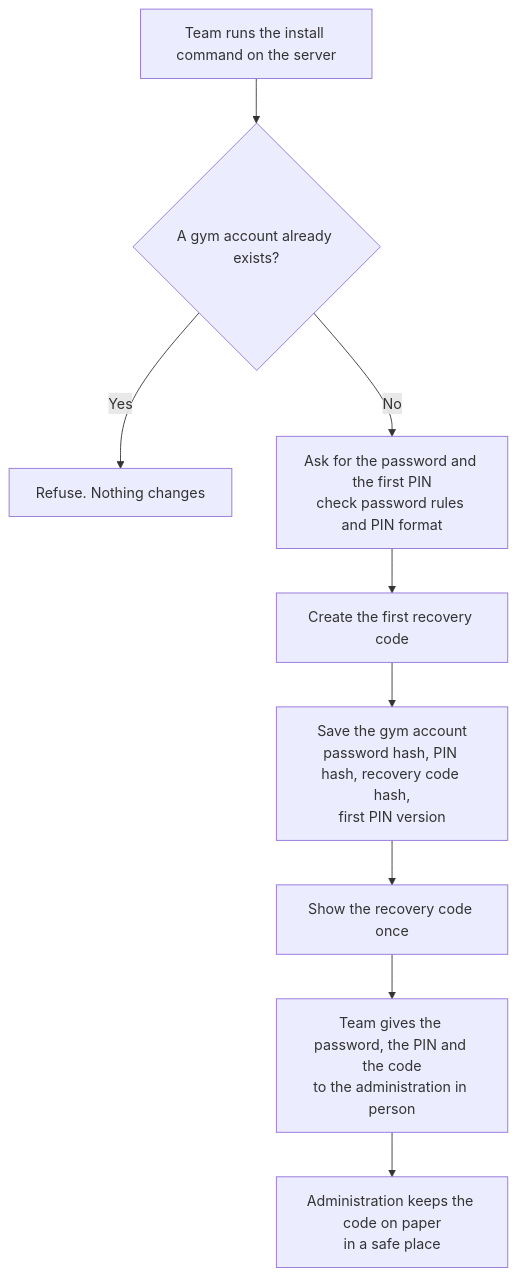
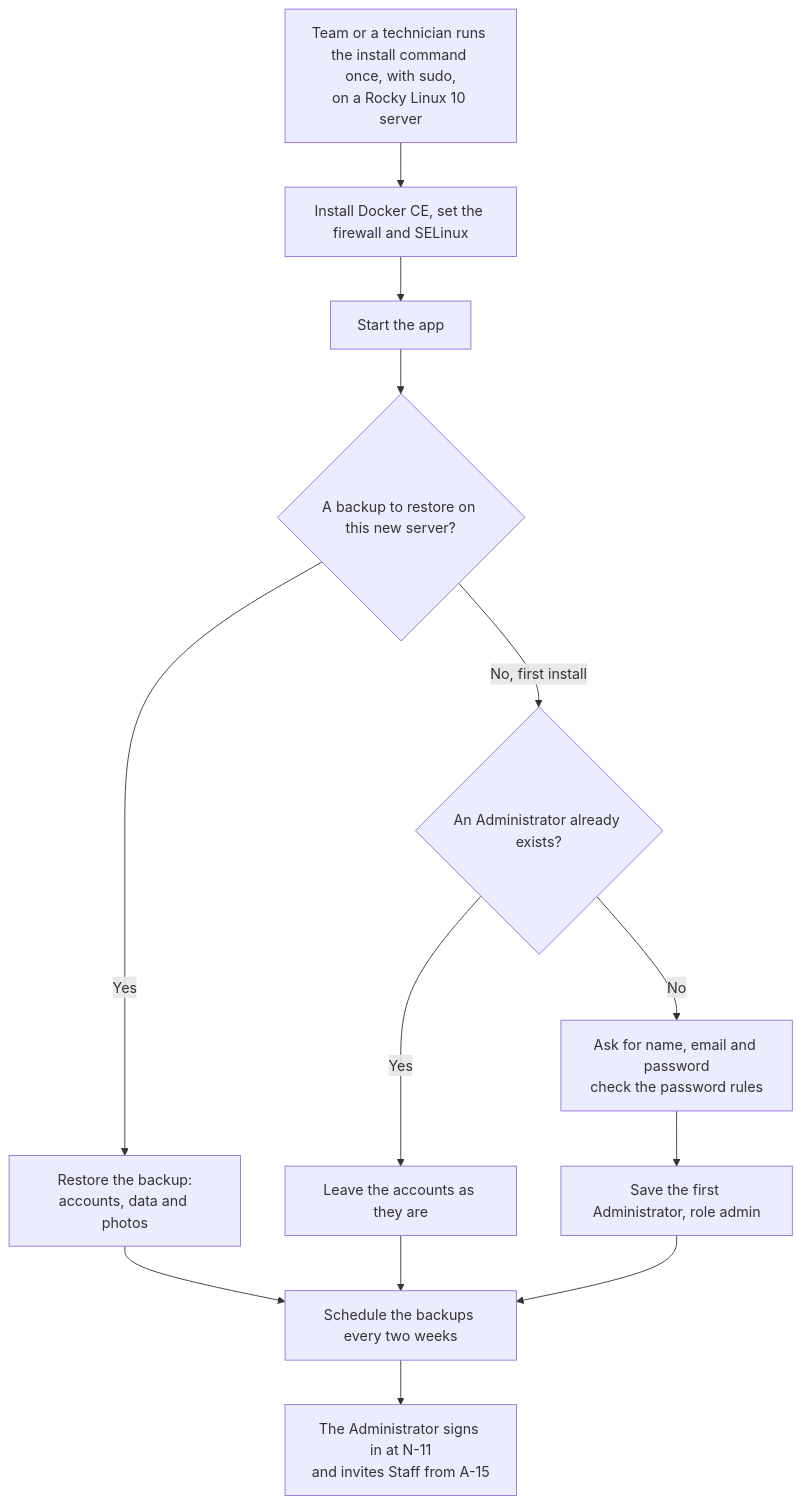
Before and after one commit to Th3-Minorities/natatorio-gym-app: the third of 17 diagrams in docs/design/admin-flows.md, drawn with Mermaid. The commit also changed other lines of this file and 8 other files, not shown here.

Commit message:
Update the SRS and design docs for personal staff accounts, check-out, one roster, store sync and the other meeting decisions

````diff
--- a/docs/design/admin-flows.md
+++ b/docs/design/admin-flows.md
@@ -102,11 +81,15 @@
 ```mermaid
 flowchart TD
-  I1["Team runs the install command on the server"] --> I2{"A gym account already exists?"}
-  I2 -->|"Yes"| I3["Refuse. Nothing changes"]
-  I2 -->|"No"| I4["Ask for the password and the first PIN<br/>check password rules and PIN format"]
-  I4 --> I5["Create the first recovery code"]
-  I5 --> I6["Save the gym account<br/>password hash, PIN hash, recovery code hash,<br/>first PIN version"]
-  I6 --> I7["Show the recovery code once"]
-  I7 --> I8["Team gives the password, the PIN and the code<br/>to the administration in person"]
-  I8 --> I9["Administration keeps the code on paper<br/>in a safe place"]
+  I1["Team or a technician runs the install command once, with sudo,<br/>on a Rocky Linux 10 server"] --> I2["Install Docker CE, set the firewall and SELinux"]
+  I2 --> I3["Start the app"]
+  I3 --> I4{"A backup to restore on this new server?"}
+  I4 -->|"Yes"| I5["Restore the backup:<br/>accounts, data and photos"]
+  I4 -->|"No, first install"| I6{"An Administrator already exists?"}
+  I6 -->|"Yes"| I7["Leave the accounts as they are"]
+  I6 -->|"No"| I8["Ask for name, email and password<br/>check the password rules"]
+  I8 --> I9["Save the first Administrator, role admin"]
+  I5 --> I10["Schedule the backups every two weeks"]
+  I7 --> I10
+  I9 --> I10
+  I10 --> I11["The Administrator signs in at N-11<br/>and invites Staff from A-15"]
 ```
````
